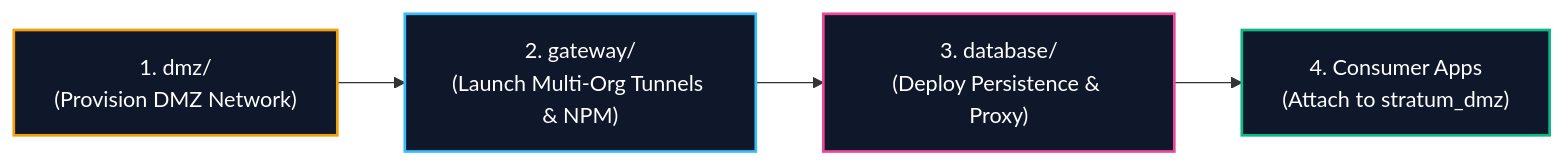
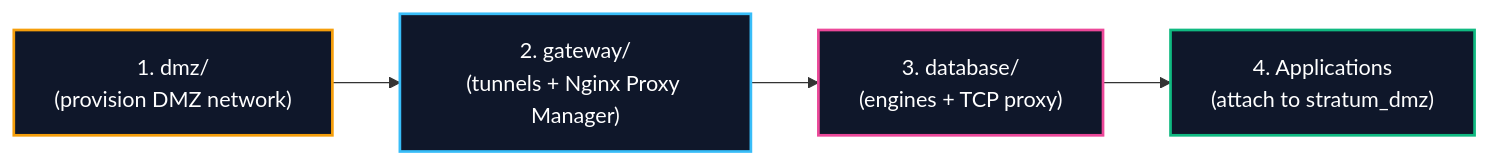
Before and after one commit to sandra-puerto/stratum-core: the third of 3 diagrams in README.md, drawn with Mermaid. The commit also changed other lines of this file, not shown here.

First line of the commit message:
Revise README for project name and architecture updates

````diff
--- a/README.md
+++ b/README.md
@@ -182,11 +189,11 @@
 ```mermaid
 graph LR
-    Step1["1. dmz/<br/>(Provision DMZ Network)"] --> Step2["2. gateway/<br/>(Launch Multi-Org Tunnels & NPM)"]
-    Step2 --> Step3["3. database/<br/>(Deploy Persistence & Proxy)"]
-    Step3 --> Step4["4. Consumer Apps<br/>(Attach to stratum_dmz)"]
+    Step1["1. dmz/<br/>(provision DMZ network)"] --> Step2["2. gateway/<br/>(tunnels + Nginx Proxy Manager)"]
+    Step2 --> Step3["3. database/<br/>(engines + TCP proxy)"]
+    Step3 --> Step4["4. Applications<br/>(attach to stratum_dmz)"]
 
     style Step1 fill:#0f172a,stroke:#f59e0b,stroke-width:2px,color:#fff
     style Step2 fill:#0f172a,stroke:#38bdf8,stroke-width:2px,color:#fff
     style Step3 fill:#0f172a,stroke:#ec4899,stroke-width:2px,color:#fff
     style Step4 fill:#0f172a,stroke:#10b981,stroke-width:2px,color:#fff
 ```
````
